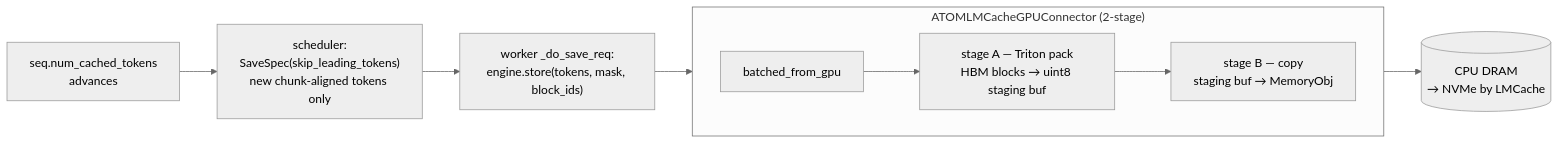
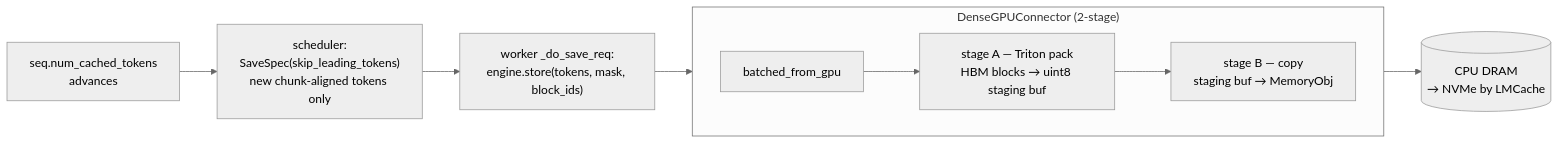
Before and after one commit to ROCm/ATOM: the second of 4 diagrams in atom/kv_transfer/offload/README.md, drawn with Mermaid (neutral theme). The commit also changed other lines of this file and 49 other files, not shown here.

````diff
--- a/atom/kv_transfer/offload/README.md
+++ b/atom/kv_transfer/offload/README.md
@@ -311,12 +324,12 @@
 ```mermaid
 flowchart LR
     A["seq.num_cached_tokens<br/>advances"] --> B["scheduler:<br/>SaveSpec(skip_leading_tokens)<br/>new chunk-aligned tokens only"]
     B --> C["worker _do_save_req:<br/>engine.store(tokens, mask, block_ids)"]
     C --> D["batched_from_gpu"]
-    subgraph PIPE_S["ATOMLMCacheGPUConnector (2-stage)"]
+    subgraph PIPE_S["DenseGPUConnector (2-stage)"]
         direction LR
         D --> E["stage A — Triton pack<br/>HBM blocks → uint8 staging buf"]
         E --> F["stage B — copy<br/>staging buf → MemoryObj"]
     end
     F --> G[("CPU DRAM<br/>→ NVMe by LMCache")]
 ```
````
